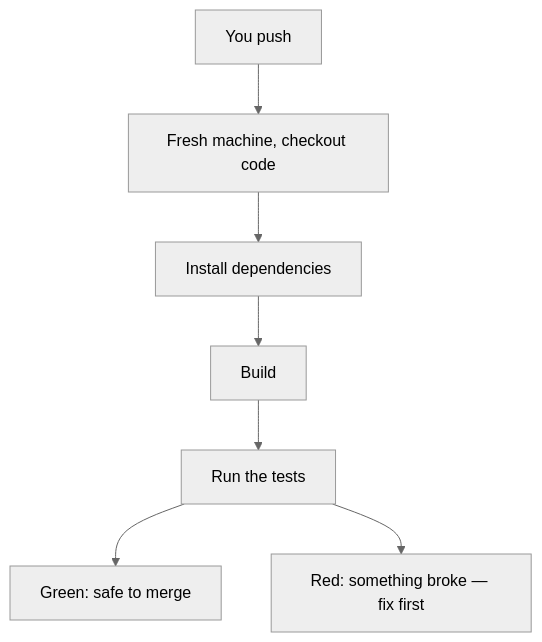
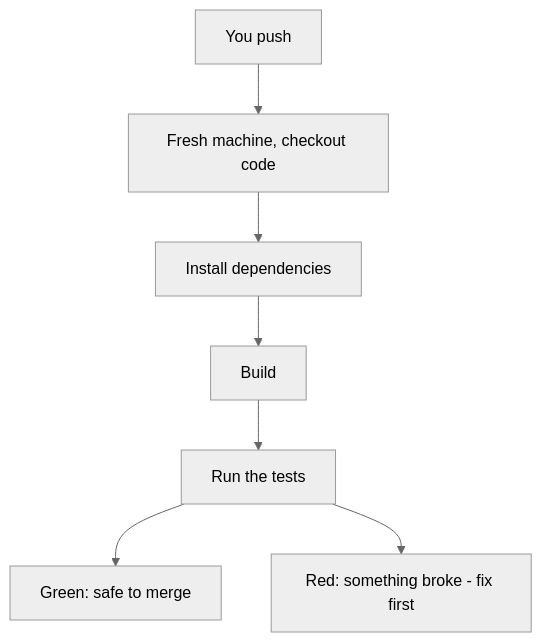
The diagram in guides/devops/what-cicd-does/01-continuous-integration.md (Topurrra/themissingmanual), drawn with Mermaid (neutral theme) before and after one commit. The commit also changed other lines of this file and 1009 other files, not shown here.

````diff
--- a/guides/devops/what-cicd-does/01-continuous-integration.md
+++ b/guides/devops/what-cicd-does/01-continuous-integration.md
@@ -45,9 +45,9 @@
 ```mermaid
 flowchart TD
   Push[You push] --> Checkout[Fresh machine, checkout code]
   Checkout --> Install[Install dependencies]
   Install --> Build[Build]
   Build --> Test[Run the tests]
   Test --> Green[Green: safe to merge]
-  Test --> Red[Red: something broke — fix first]
+  Test --> Red[Red: something broke - fix first]
 ```
````
